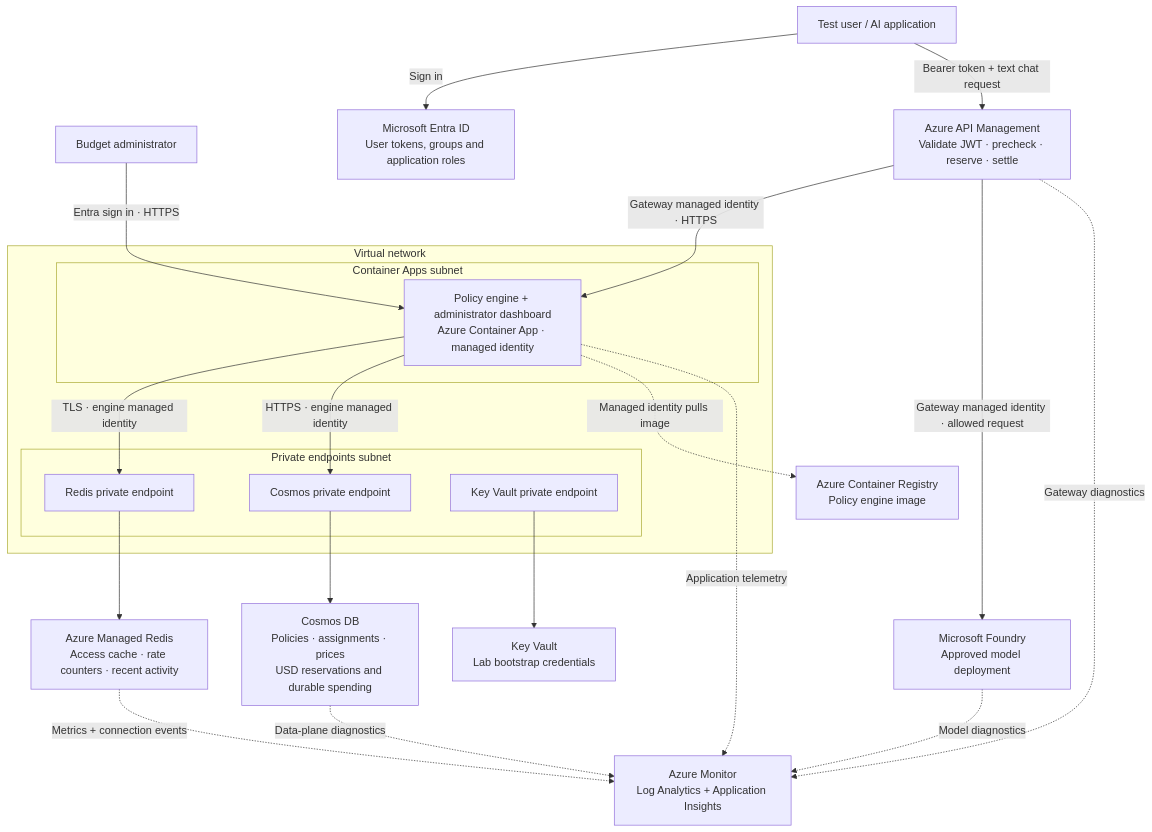
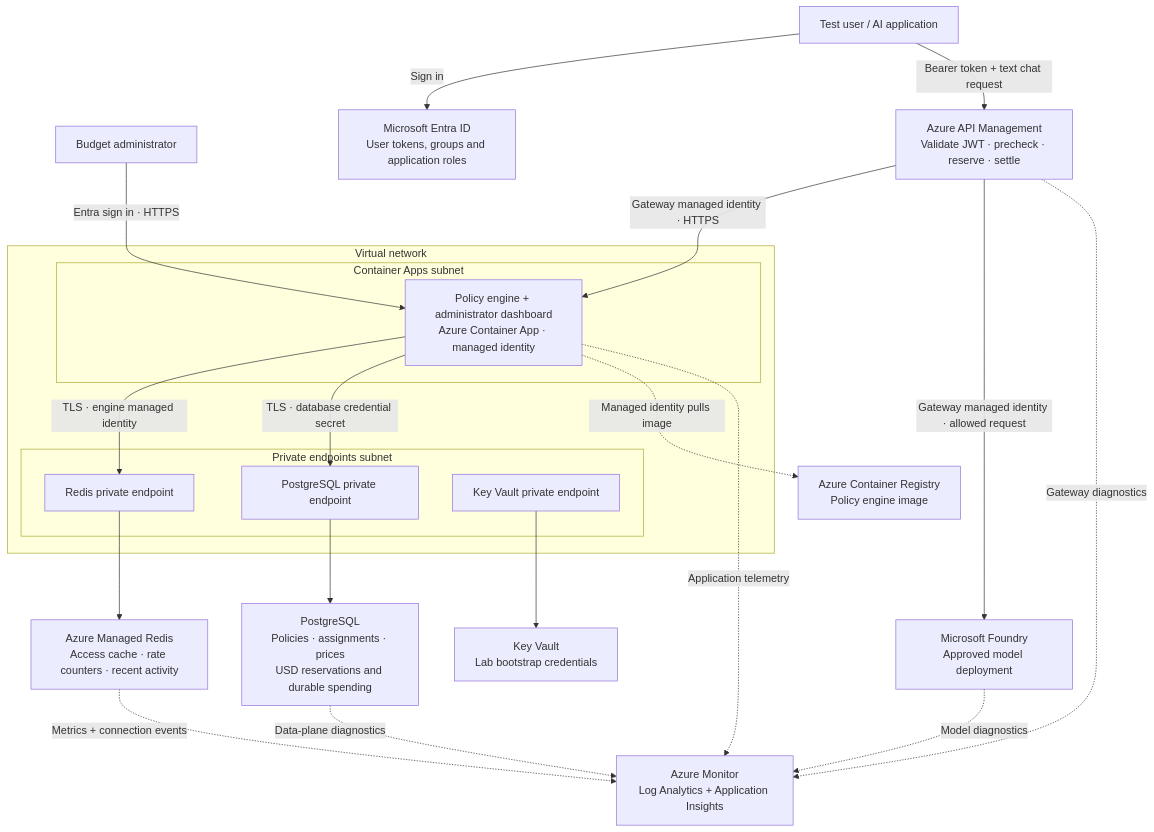
The first of 2 diagrams in docs/ARCHITECTURE.md (ij-23/aigw-with-budget-policy), drawn with Mermaid before and after one commit. The commit also changed other lines of this file and 78 other files, not shown here.

Commit message:
feat: replace Cosmos with PostgreSQL and default to Sweden Central

````diff
--- a/docs/ARCHITECTURE.md
+++ b/docs/ARCHITECTURE.md
@@ -7,39 +7,39 @@
 ```mermaid
 flowchart TB
     user["Test user / AI application"]
     admin["Budget administrator"]
     entra["Microsoft Entra ID\nUser tokens, groups and application roles"]
     apim["Azure API Management\nValidate JWT · precheck · reserve · settle"]
     foundry["Microsoft Foundry\nApproved model deployment"]
     subgraph vnet["Virtual network"]
         subgraph apps["Container Apps subnet"]
             engine["Policy engine + administrator dashboard\nAzure Container App · managed identity"]
         end
         subgraph endpoints["Private endpoints subnet"]
             rpe["Redis private endpoint"]
-            cpe["Cosmos private endpoint"]
+            cpe["PostgreSQL private endpoint"]
             kpe["Key Vault private endpoint"]
         end
     end
     redis["Azure Managed Redis\nAccess cache · rate counters · recent activity"]
-    cosmos["Cosmos DB\nPolicies · assignments · prices\nUSD reservations and durable spending"]
+    postgresql["PostgreSQL\nPolicies · assignments · prices\nUSD reservations and durable spending"]
     kv["Key Vault\nLab bootstrap credentials"]
     acr["Azure Container Registry\nPolicy engine image"]
     monitor["Azure Monitor\nLog Analytics + Application Insights"]
     user -->|Sign in| entra
     user -->|Bearer token + text chat request| apim
     apim -->|Gateway managed identity · HTTPS| engine
     apim -->|Gateway managed identity · allowed request| foundry
     admin -->|Entra sign in · HTTPS| engine
     engine -->|TLS · engine managed identity| rpe
     rpe --> redis
-    engine -->|HTTPS · engine managed identity| cpe
-    cpe --> cosmos
+    engine -->|TLS · database credential secret| cpe
+    cpe --> postgresql
     kpe --> kv
     engine -.->|Managed identity pulls image| acr
     engine -.->|Application telemetry| monitor
     apim -.->|Gateway diagnostics| monitor
     foundry -.->|Model diagnostics| monitor
     redis -.->|Metrics + connection events| monitor
-    cosmos -.->|Data-plane diagnostics| monitor
+    postgresql -.->|Data-plane diagnostics| monitor
 ```
````
